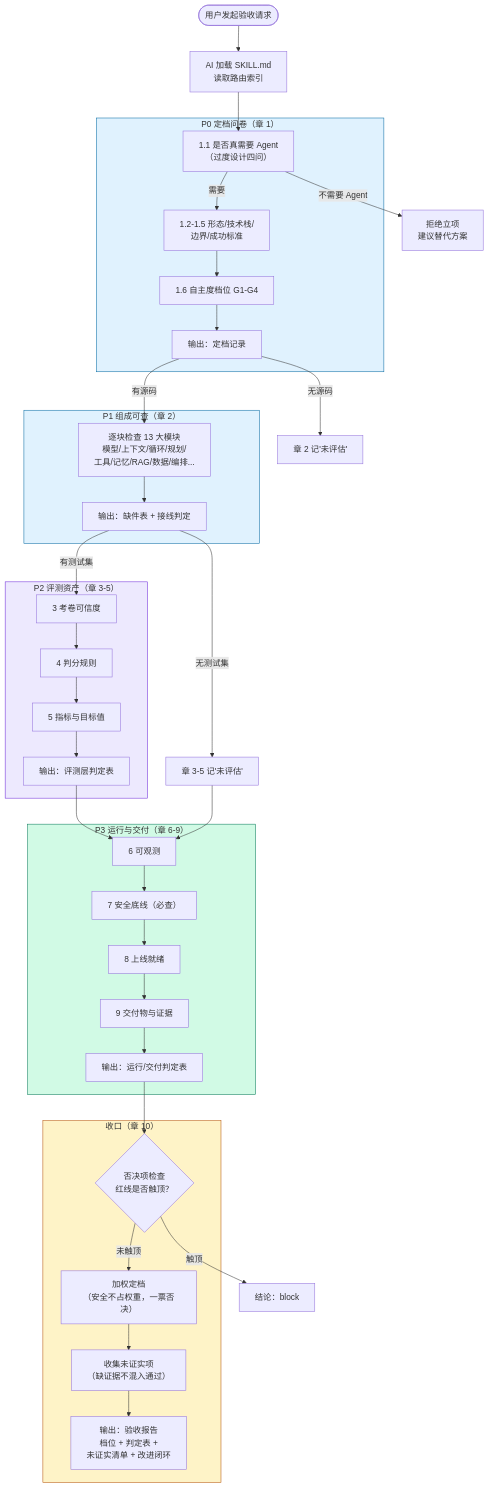
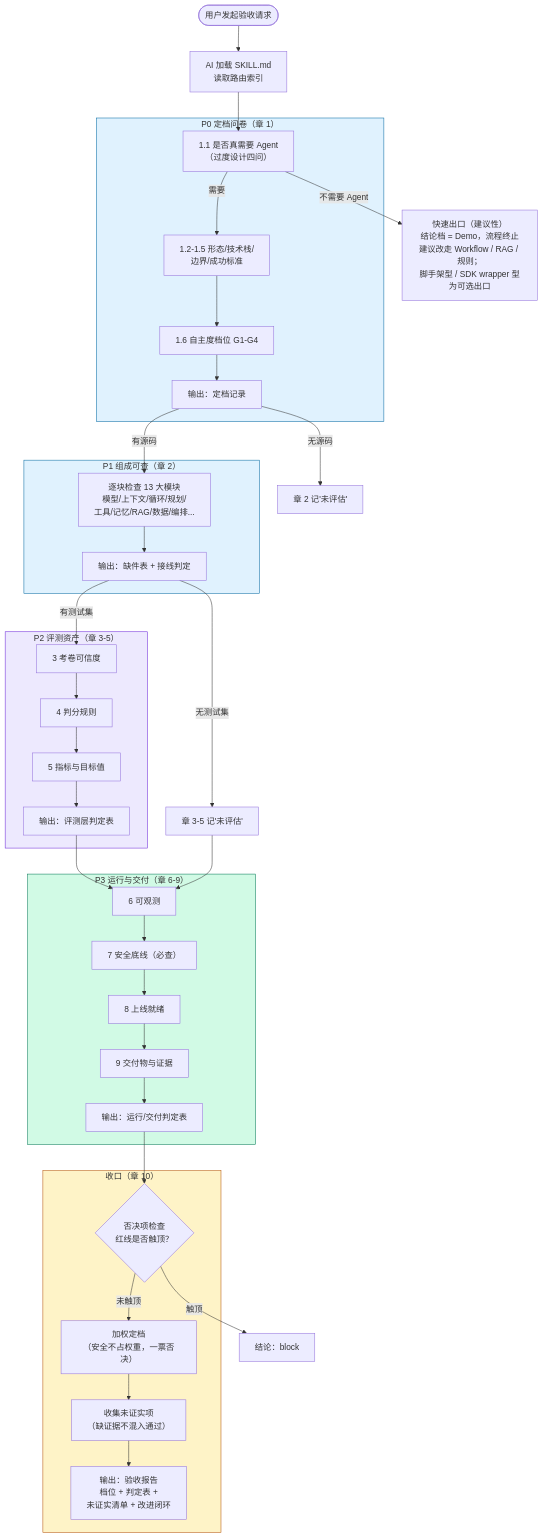
Before and after one commit to LPK3215/agent-acceptance: the third of 6 diagrams in docs/01-项目结构与流程图.md, drawn with Mermaid. The commit also changed other lines of this file and 16 other files, not shown here.

````diff
--- a/docs/01-项目结构与流程图.md
+++ b/docs/01-项目结构与流程图.md
@@ -73,66 +73,66 @@
 ```mermaid
 flowchart TD
     START(["用户发起验收请求"])
     LOAD["AI 加载 SKILL.md<br/>读取路由索引"]
 
     subgraph P0["P0 定档问卷（章 1）"]
         Q1["1.1 是否真需要 Agent<br/>（过度设计四问）"]
         Q2["1.2-1.5 形态/技术栈/<br/>边界/成功标准"]
         Q3["1.6 自主度档位 G1-G4"]
         OUT1["输出：定档记录"]
     end
 
     subgraph P1["P1 组成可查（章 2）"]
         S2["逐块检查 13 大模块<br/>模型/上下文/循环/规划/<br/>工具/记忆/RAG/数据/编排..."]
         OUT2["输出：缺件表 + 接线判定"]
     end
 
     subgraph P2["P2 评测资产（章 3-5）"]
         S3["3 考卷可信度"]
         S4["4 判分规则"]
         S5["5 指标与目标值"]
         OUT35["输出：评测层判定表"]
     end
 
     subgraph P3["P3 运行与交付（章 6-9）"]
         S6["6 可观测"]
         S7["7 安全底线（必查）"]
         S8["8 上线就绪"]
         S9["9 交付物与证据"]
         OUT69["输出：运行/交付判定表"]
     end
 
     subgraph CONCLUDE["收口（章 10）"]
         VETO{"否决项检查<br/>红线是否触顶？"}
         WEIGHT["加权定档<br/>（安全不占权重，一票否决）"]
         UNVER["收集未证实项<br/>（缺证据不混入通过）"]
         REPORT["输出：验收报告<br/>档位 + 判定表 +<br/>未证实清单 + 改进闭环"]
     end
 
     START --> LOAD --> Q1
-    Q1 -->|不需要 Agent| REJECT["拒绝立项<br/>建议替代方案"]
+    Q1 -->|不需要 Agent| REJECT["快速出口（建议性）<br/>结论档 = Demo，流程终止<br/>建议改走 Workflow / RAG / 规则；<br/>脚手架型 / SDK wrapper 型为可选出口"]
     Q1 -->|需要| Q2 --> Q3 --> OUT1
 
     OUT1 -->|"有源码"| S2
     OUT1 -->|"无源码"| SKIP2["章 2 记'未评估'"]
     S2 --> OUT2
 
     OUT2 -->|"有测试集"| S3
     OUT2 -->|"无测试集"| SKIP35["章 3-5 记'未评估'"]
     S3 --> S4 --> S5 --> OUT35
 
     OUT35 --> S6
     S6 --> S7
     S7 --> S8 --> S9 --> OUT69
     SKIP35 --> S6
 
     OUT69 --> VETO
     VETO -->|"触顶"| BLOCK["结论：block"]
     VETO -->|"未触顶"| WEIGHT --> UNVER --> REPORT
 
     style P0 fill:#e0f2fe,stroke:#0369a1
     style P1 fill:#e0f2fe,stroke:#0369a1
     style P2 fill:#ede9fe,stroke:#6d28d9
     style P3 fill:#d1fae5,stroke:#047857
     style CONCLUDE fill:#fef3c7,stroke:#b45309
 ```
````
